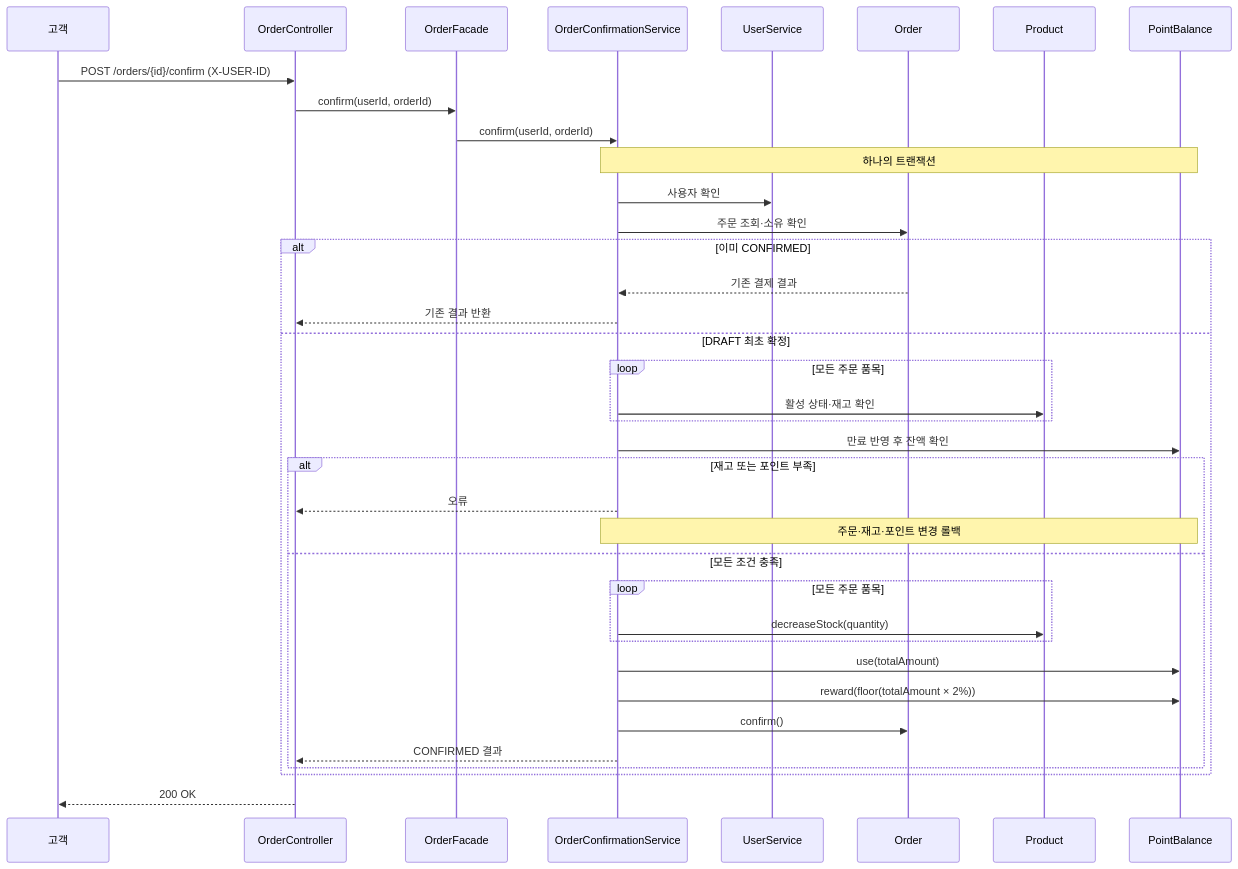
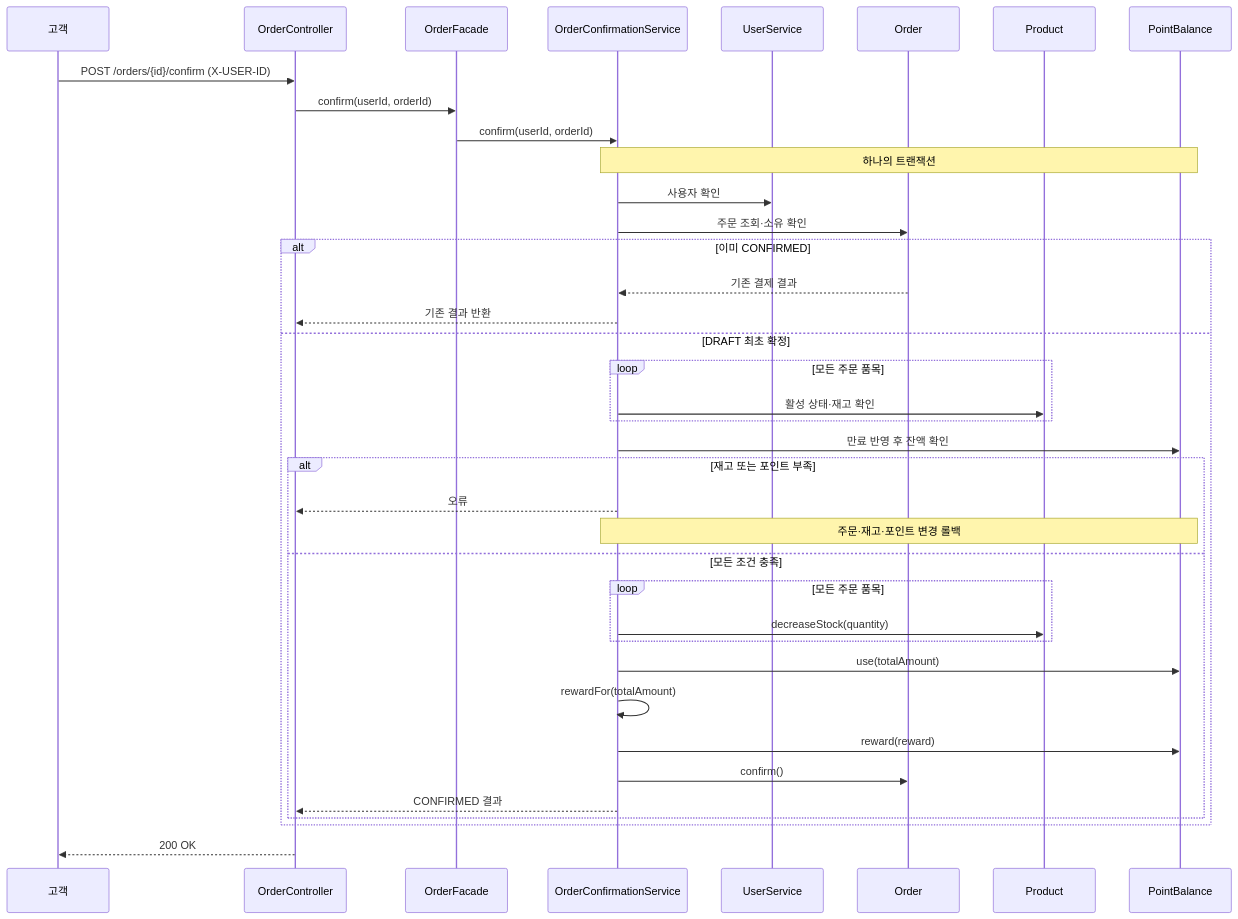
One commit to hyeon-aa/loop-pack-be-l2-vol5-java changed the fifth of 5 diagrams in docs/week2/design.md. Above: the diagram before and after it, drawn with Mermaid. The commit also changed other lines of this file and 2 other files, not shown here.

````diff
--- a/docs/week2/design.md
+++ b/docs/week2/design.md
@@ -246,40 +242,41 @@
 ```mermaid
 sequenceDiagram
     participant Customer as 고객
     participant Api as OrderController
     participant Facade as OrderFacade
     participant Confirm as OrderConfirmationService
     participant User as UserService
     participant Order as Order
     participant Product as Product
     participant Point as PointBalance
 
     Customer->>Api: POST /orders/{id}/confirm (X-USER-ID)
     Api->>Facade: confirm(userId, orderId)
     Facade->>Confirm: confirm(userId, orderId)
     Note over Confirm,Point: 하나의 트랜잭션
     Confirm->>User: 사용자 확인
     Confirm->>Order: 주문 조회·소유 확인
     alt 이미 CONFIRMED
         Order-->>Confirm: 기존 결제 결과
         Confirm-->>Api: 기존 결과 반환
     else DRAFT 최초 확정
         loop 모든 주문 품목
             Confirm->>Product: 활성 상태·재고 확인
         end
         Confirm->>Point: 만료 반영 후 잔액 확인
         alt 재고 또는 포인트 부족
             Confirm-->>Api: 오류
             Note over Confirm,Point: 주문·재고·포인트 변경 롤백
         else 모든 조건 충족
             loop 모든 주문 품목
                 Confirm->>Product: decreaseStock(quantity)
             end
             Confirm->>Point: use(totalAmount)
-            Confirm->>Point: reward(floor(totalAmount × 2%))
+            Confirm->>Confirm: rewardFor(totalAmount)
+            Confirm->>Point: reward(reward)
             Confirm->>Order: confirm()
             Confirm-->>Api: CONFIRMED 결과
         end
     end
     Api-->>Customer: 200 OK
 ```
````
